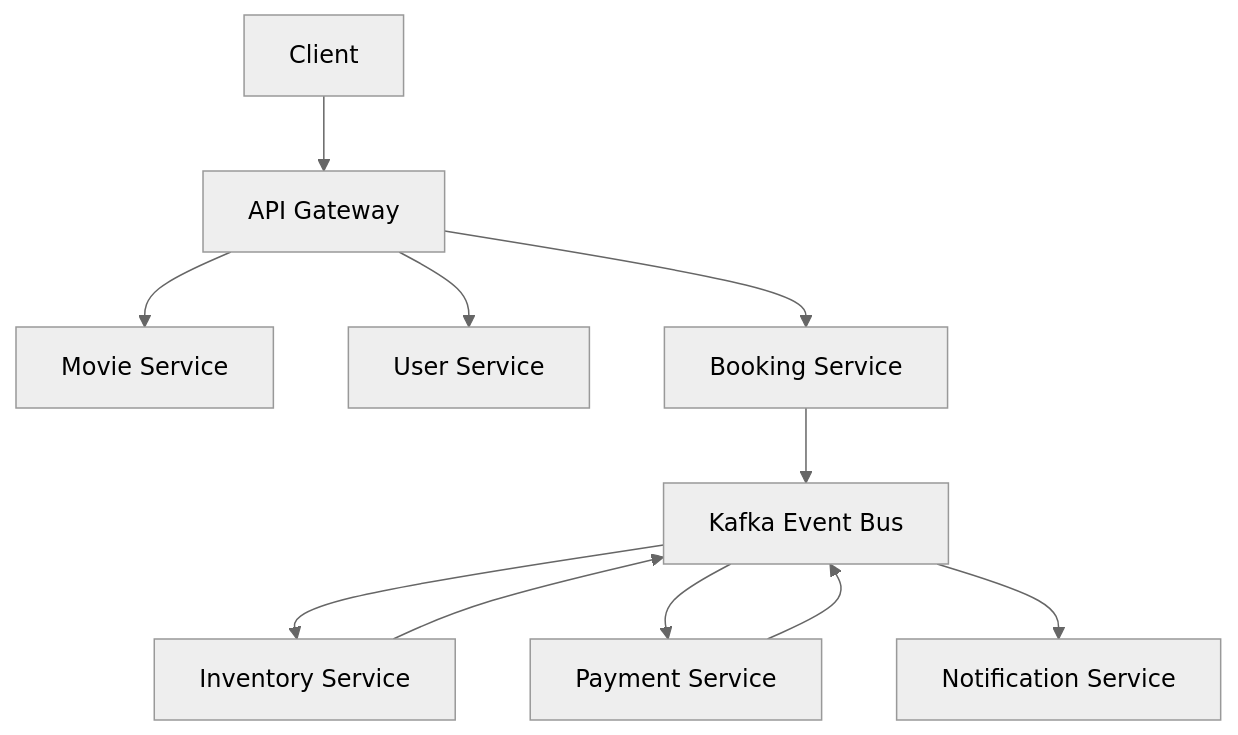
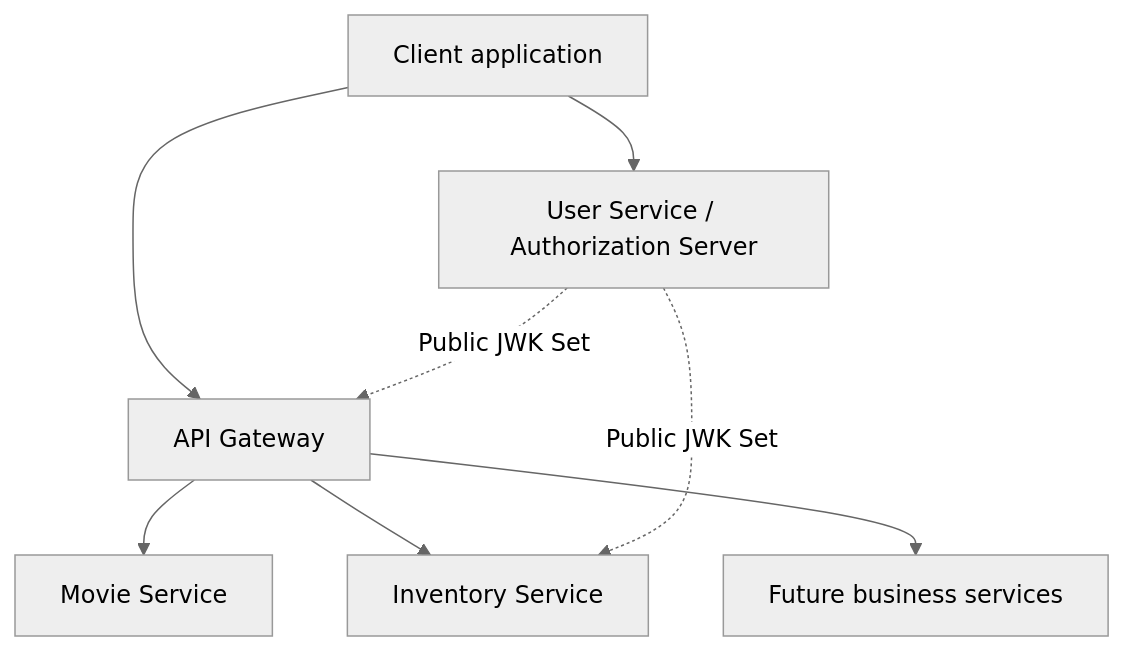
Before and after one commit to HuyKunNe/cinema-system: the first of 2 diagrams in README.md, drawn with Mermaid (neutral theme). The commit also changed other lines of this file and 17 other files, not shown here.

````diff
--- a/README.md
+++ b/README.md
@@ -92,16 +146,10 @@
 ```mermaid
 flowchart TD
-    Client[Client] --> Gateway[API Gateway]
-
+    Client[Client application] --> Gateway[API Gateway]
+    Client --> Identity[User Service / Authorization Server]
     Gateway --> Movie[Movie Service]
-    Gateway --> User[User Service]
-    Gateway --> Booking[Booking Service]
-
-    Booking --> Kafka[Kafka Event Bus]
-    Kafka --> Inventory[Inventory Service]
-    Kafka --> Payment[Payment Service]
-    Kafka --> Notification[Notification Service]
-
-    Inventory --> Kafka
-    Payment --> Kafka
+    Gateway --> Inventory[Inventory Service]
+    Gateway --> Future[Future business services]
+    Identity -.->|Public JWK Set| Gateway
+    Identity -.->|Public JWK Set| Inventory
 ```
````
